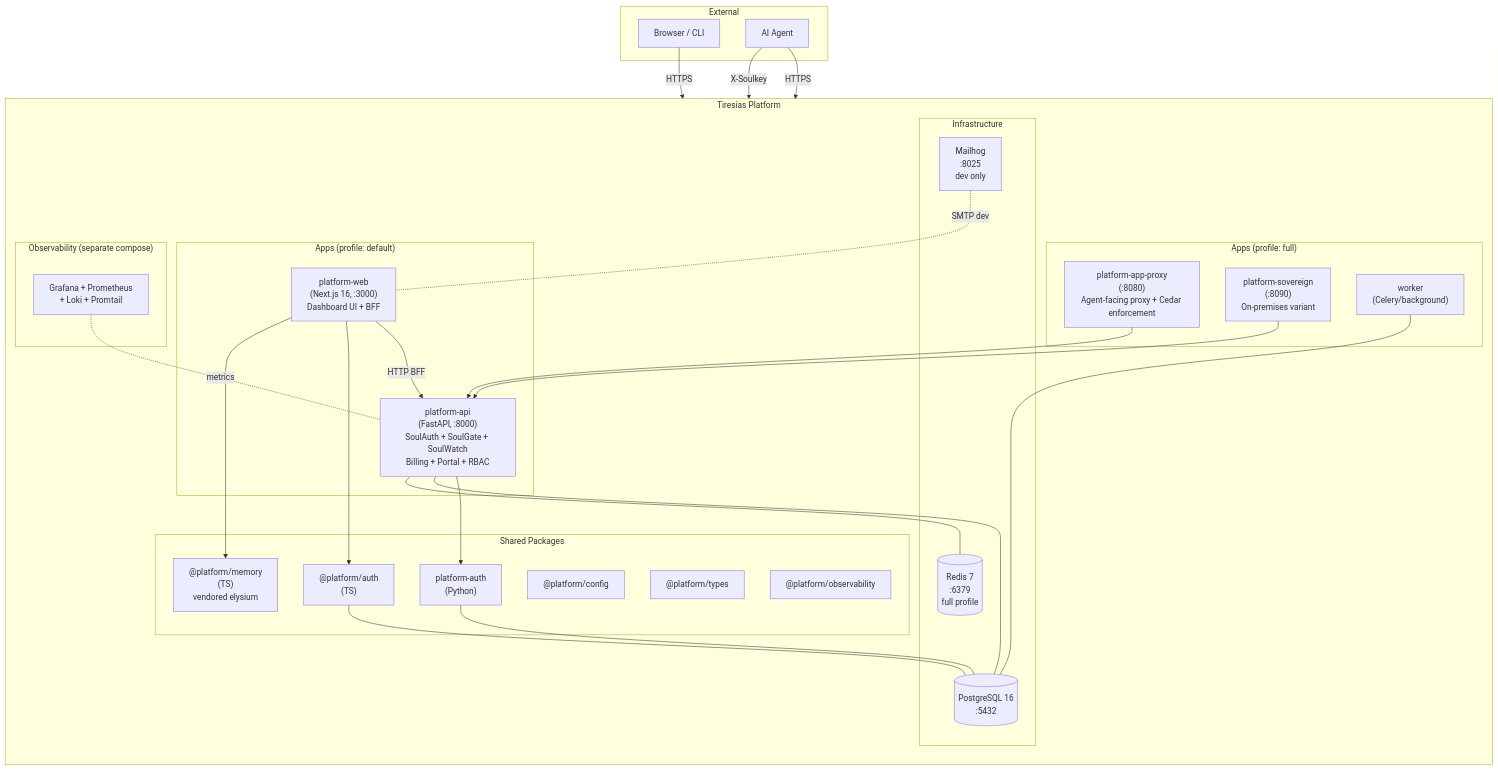
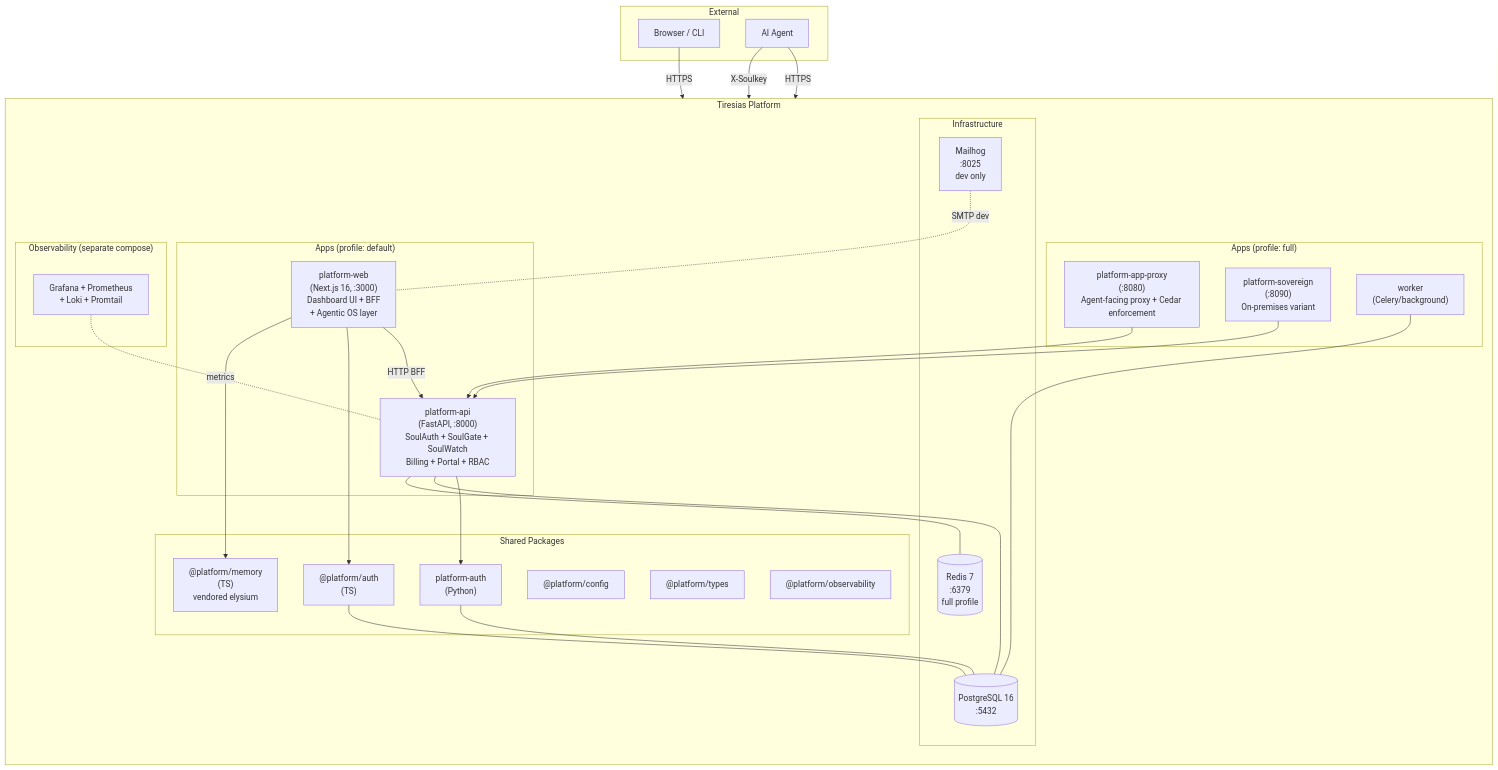
The diagram in docs/architecture/system-overview.md (saluca-labs/pantheon), drawn with Mermaid before and after one commit. The commit also changed other lines of this file and 8 other files, not shown here.

First line of the commit message:
docs(architecture): document Agentic OS layer + ADR-005/006/007 (#14)

````diff
--- a/docs/architecture/system-overview.md
+++ b/docs/architecture/system-overview.md
@@ -5,63 +5,63 @@
 ```mermaid
 graph TB
   subgraph external["External"]
     BROWSER["Browser / CLI"]
     AGENT["AI Agent"]
   end
 
   subgraph platform["Tiresias Platform"]
     direction TB
 
     subgraph apps["Apps (profile: default)"]
-      WEB["platform-web\n(Next.js 16, :3000)\nDashboard UI + BFF"]
+      WEB["platform-web\n(Next.js 16, :3000)\nDashboard UI + BFF\n+ Agentic OS layer"]
       API["platform-api\n(FastAPI, :8000)\nSoulAuth + SoulGate + SoulWatch\nBilling + Portal + RBAC"]
     end
 
     subgraph fullApps["Apps (profile: full)"]
       PROXY["platform-app-proxy\n(:8080)\nAgent-facing proxy + Cedar enforcement"]
       SOV["platform-sovereign\n(:8090)\nOn-premises variant"]
       WORKER["worker\n(Celery/background)"]
     end
 
     subgraph infra["Infrastructure"]
       DB[("PostgreSQL 16\n:5432")]
       REDIS[("Redis 7\n:6379\nfull profile")]
       MAIL["Mailhog\n:8025\ndev only"]
     end
 
     subgraph packages["Shared Packages"]
       AUTH_TS["@platform/auth\n(TS)"]
       AUTH_PY["platform-auth\n(Python)"]
       MEMORY["@platform/memory\n(TS)\nvendored elysium"]
       CONFIG["@platform/config"]
       TYPES["@platform/types"]
       OBS["@platform/observability"]
     end
 
     subgraph infrasvc["Observability (separate compose)"]
       GRAFANA["Grafana + Prometheus\n+ Loki + Promtail"]
     end
   end
 
   BROWSER -- HTTPS --> WEB
   AGENT -- X-Soulkey --> API
   AGENT -- HTTPS --> PROXY
 
   WEB -- HTTP BFF --> API
   WEB --> AUTH_TS
   WEB --> MEMORY
 
   API --> AUTH_PY
   API --- DB
   API --- REDIS
 
   PROXY --> API
   SOV --> API
   WORKER --- DB
 
   AUTH_TS --- DB
   AUTH_PY --- DB
 
   MAIL -. SMTP dev .- WEB
   GRAFANA -. metrics .- API
 ```
````
